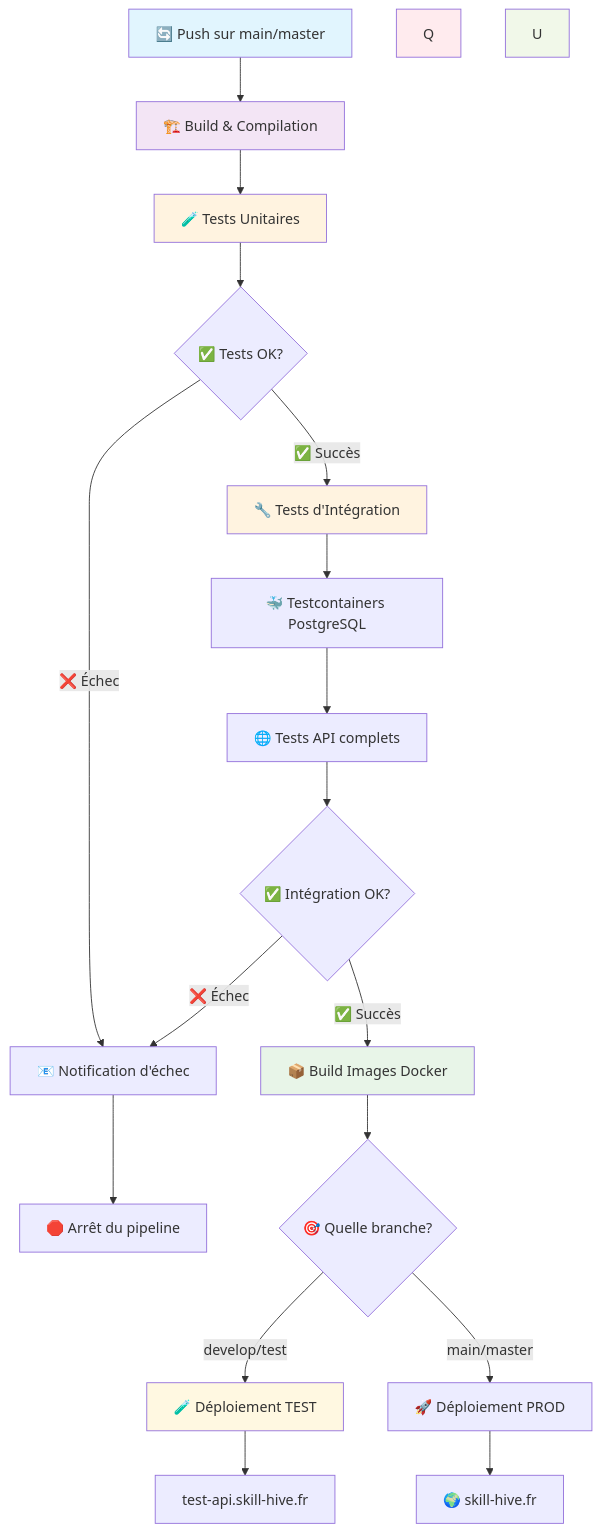
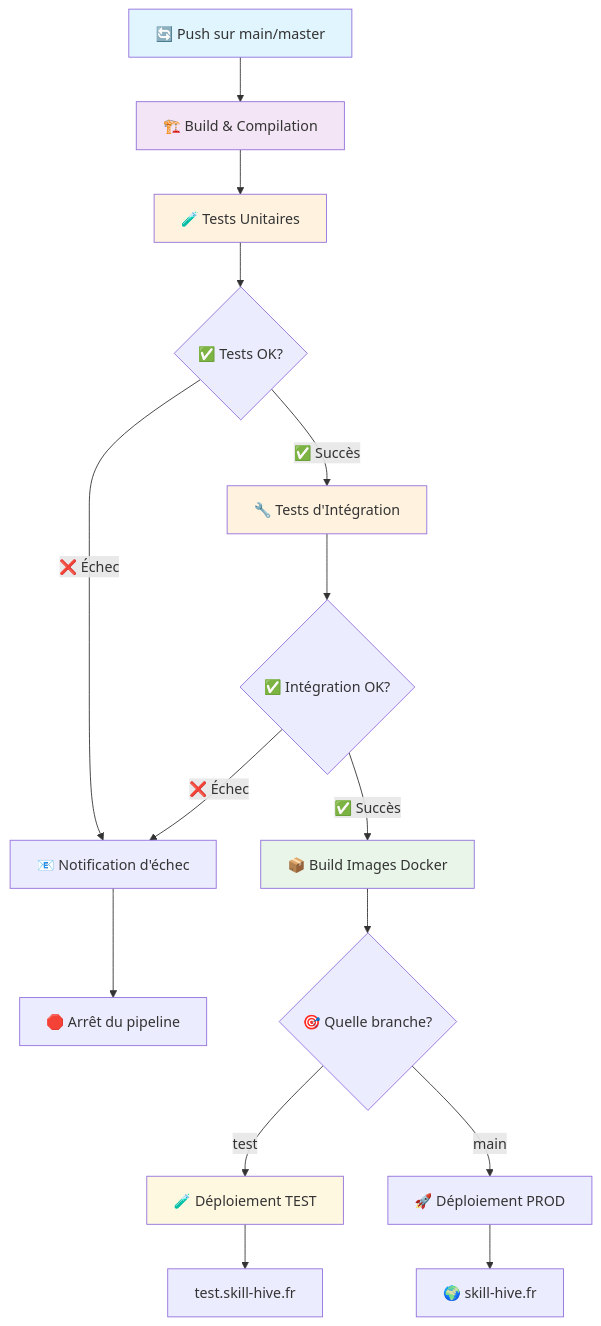
The first of 2 diagrams in README.md (mahdimcheik/template-angular-19-dashboard), drawn with Mermaid before and after one commit. The commit also changed other lines of this file and 4 other files, not shown here.

````diff
--- a/README.md
+++ b/README.md
@@ -108,37 +108,32 @@
 ```mermaid
 graph TD
     A[🔄 Push sur main/master] --> B[🏗️ Build & Compilation]
     B --> C[🧪 Tests Unitaires]
     C --> D{✅ Tests OK?}
     
     D -->|❌ Échec| E[📧 Notification d'échec]
     E --> F[🛑 Arrêt du pipeline]
     
     D -->|✅ Succès| G[🔧 Tests d'Intégration]
-    G --> H[🐳 Testcontainers PostgreSQL]
-    H --> I[🌐 Tests API complets]
-    I --> J{✅ Intégration OK?}
+    G --> J{✅ Intégration OK?}
     
     J -->|❌ Échec| E
     J -->|✅ Succès| K[📦 Build Images Docker]
     
     K --> L{🎯 Quelle branche?}
     
-    L -->|develop/test| M[🧪 Déploiement TEST]
-    M --> N[test-api.skill-hive.fr]
+    L -->|test| M[🧪 Déploiement TEST]
+    M --> N[test.skill-hive.fr]
     
-    L -->|main/master| R[🚀 Déploiement PROD]
-    R --> S[🌍 skill-hive.fr]
-    
+    L -->|main| R[🚀 Déploiement PROD]
+    R --> S[🌍 skill-hive.fr]   
    
     
     style A fill:#e1f5fe
     style B fill:#f3e5f5
     style C fill:#fff3e0
     style G fill:#fff3e0
     style K fill:#e8f5e8
     style M fill:#fff8e1
-    style Q fill:#ffebee
-    style U fill:#f1f8e9
 
 ```
````
